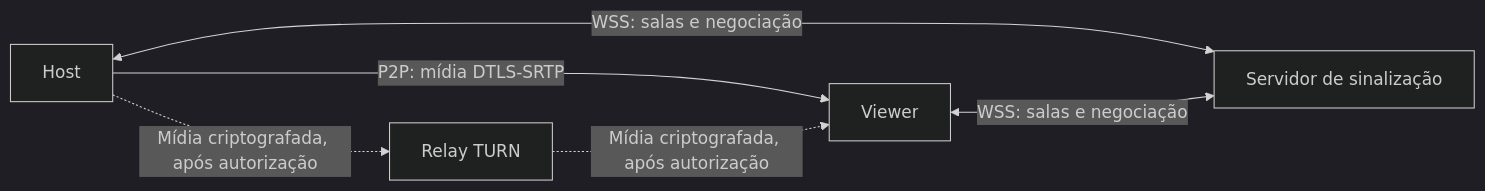
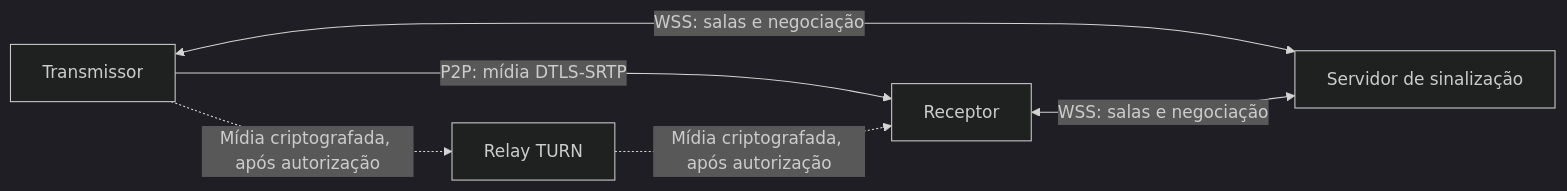
Before and after one commit to LazaroLanderson/lazarus-share: the diagram in README.md, drawn with Mermaid (dark theme). The commit also changed other lines of this file and 26 other files, not shown here.

````diff
--- a/README.md
+++ b/README.md
@@ -118,8 +123,8 @@
 ```mermaid
 flowchart LR
-    H[Host] <-->|WSS: salas e negociação| S[Servidor de sinalização]
-    V[Viewer] <-->|WSS: salas e negociação| S
+    H[Transmissor] <-->|WSS: salas e negociação| S[Servidor de sinalização]
+    V[Receptor] <-->|WSS: salas e negociação| S
     H -->|P2P: mídia DTLS-SRTP| V
     H -.->|Mídia criptografada, após autorização| T[Relay TURN]
     T -.->|Mídia criptografada, após autorização| V
 ```
````
